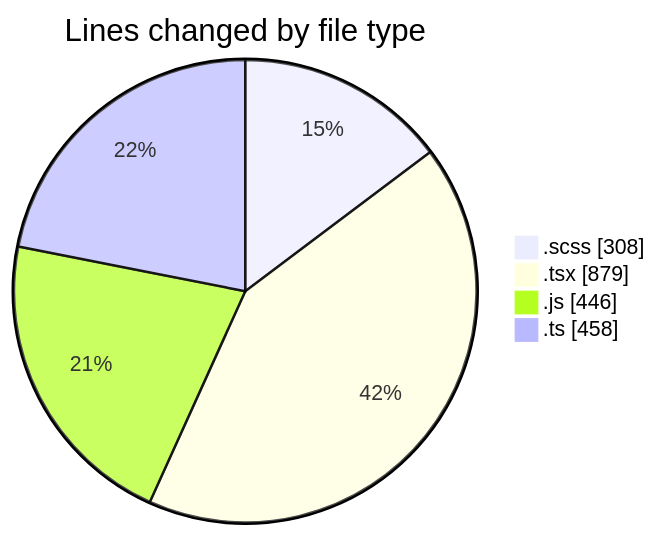
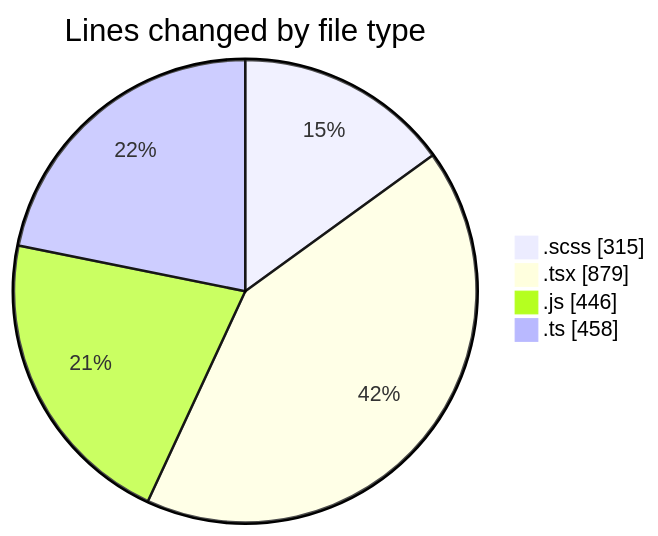
Before and after one commit to momahboobian/code-tracking: the first of 2 diagrams in 2025-03-14/cda/README.md, drawn with Mermaid. The commit also changed other lines of this file and 1 other file, not shown here.

````diff
--- a/2025-03-14/cda/README.md
+++ b/2025-03-14/cda/README.md
@@ -34,8 +34,8 @@
 ```mermaid
 pie showData
 title Lines changed by file type
-".scss" : 308
+".scss" : 315
 ".tsx" : 879
 ".js" : 446
 ".ts" : 458
 ```
````
